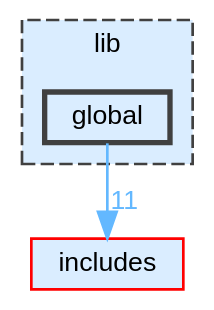
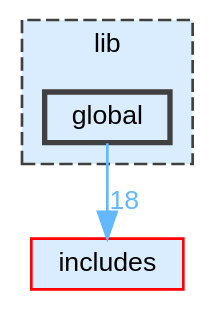
The diagram in dir_e5351f453d76e877d7266eb645a452b4_dep.dot (JS-CMP/JS-CMP), drawn with Graphviz before and after one commit. The commit also changed 233 other files, not shown here.

```diff
--- a/dir_e5351f453d76e877d7266eb645a452b4_dep.dot
+++ b/dir_e5351f453d76e877d7266eb645a452b4_dep.dot
@@ -1,14 +1,14 @@
 digraph "lib/global"
 {
  // LATEX_PDF_SIZE
   bgcolor="transparent";
   edge [fontname=Helvetica,fontsize=10,labelfontname=Helvetica,labelfontsize=10];
   node [fontname=Helvetica,fontsize=10,shape=box,height=0.2,width=0.4];
   compound=true
   subgraph clusterdir_97aefd0d527b934f1d99a682da8fe6a9 {
     graph [ bgcolor="#daedff", pencolor="grey25", label="lib", fontname=Helvetica,fontsize=10 style="filled,dashed", URL="dir_97aefd0d527b934f1d99a682da8fe6a9.html",tooltip=""]
   dir_e5351f453d76e877d7266eb645a452b4 [label="global", fillcolor="#daedff", color="grey25", style="filled,bold", URL="dir_e5351f453d76e877d7266eb645a452b4.html",tooltip=""];
   }
   dir_09e761304027c904456130627fd4dcf5 [label="includes", fillcolor="#daedff", color="red", style="filled", URL="dir_09e761304027c904456130627fd4dcf5.html",tooltip=""];
-  dir_e5351f453d76e877d7266eb645a452b4->dir_09e761304027c904456130627fd4dcf5 [headlabel="11", labeldistance=1.5 headhref="dir_000003_000004.html" href="dir_000003_000004.html" color="steelblue1" fontcolor="steelblue1"];
+  dir_e5351f453d76e877d7266eb645a452b4->dir_09e761304027c904456130627fd4dcf5 [headlabel="18", labeldistance=1.5 headhref="dir_000004_000005.html" href="dir_000004_000005.html" color="steelblue1" fontcolor="steelblue1"];
 }
```
